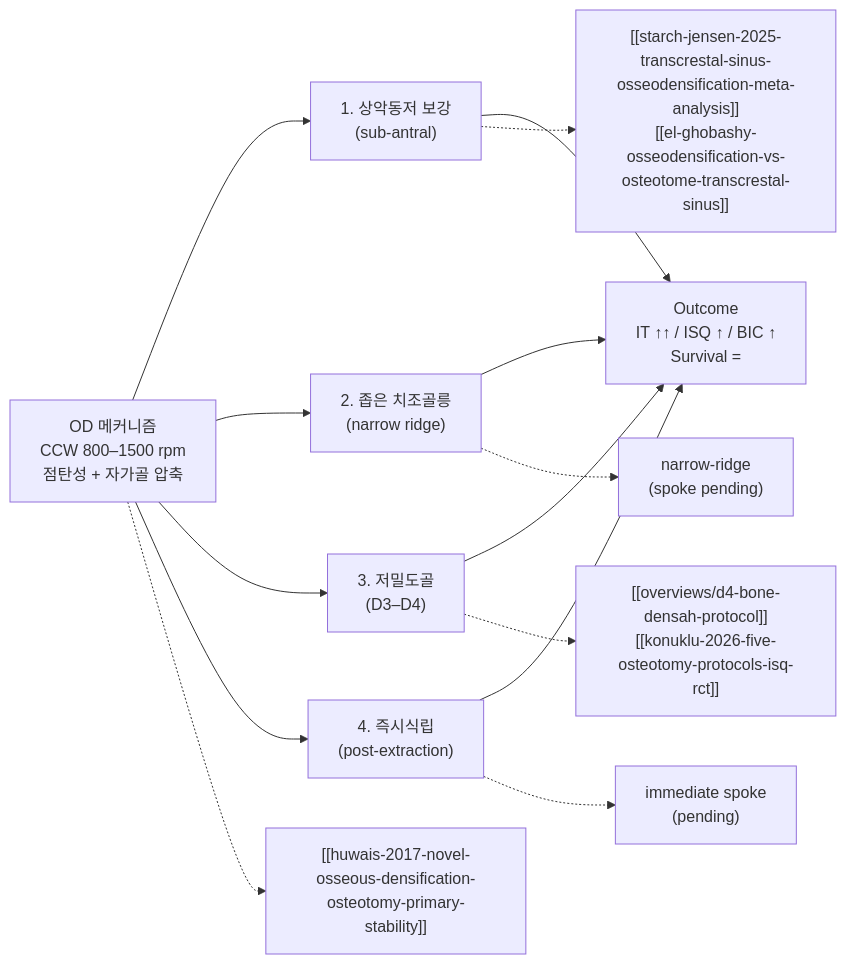
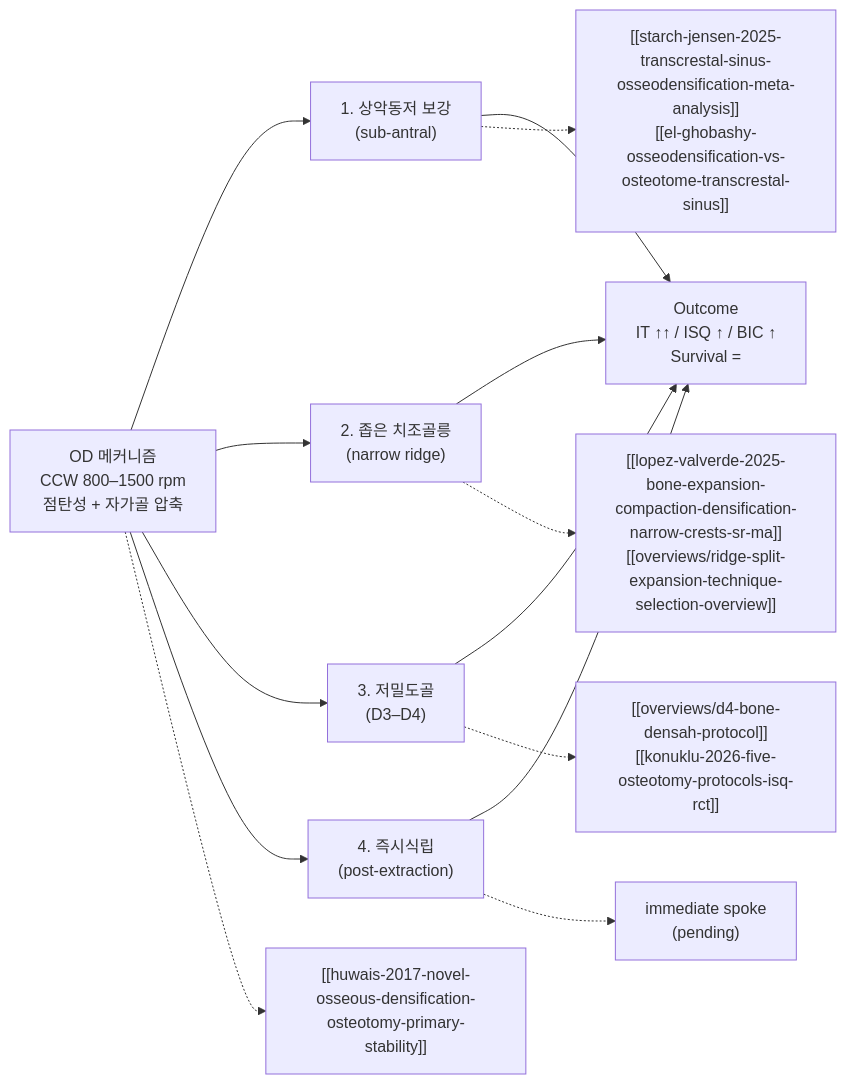
One commit to ezinternet/dentopedia changed the diagram in wiki/overviews/osseodensification-clinical-applications.md. Above: the diagram before and after it, drawn with Mermaid. The commit also changed other lines of this file, not shown here.

First line of the commit message:
docs(overviews): OD — narrow-ridge spoke 개통 + 천장·형상 축 신설 (33 → 37편)

````diff
--- a/wiki/overviews/osseodensification-clinical-applications.md
+++ b/wiki/overviews/osseodensification-clinical-applications.md
@@ -135,17 +155,17 @@
 ```mermaid
 graph LR
     M["OD 메커니즘<br/>CCW 800–1500 rpm<br/>점탄성 + 자가골 압축"]
     M --> S1["1. 상악동저 보강<br/>(sub-antral)"]
     M --> S2["2. 좁은 치조골릉<br/>(narrow ridge)"]
     M --> S3["3. 저밀도골<br/>(D3–D4)"]
     M --> S4["4. 즉시식립<br/>(post-extraction)"]
     S1 --> O["Outcome<br/>IT ↑↑ / ISQ ↑ / BIC ↑<br/>Survival ="]
     S2 --> O
     S3 --> O
     S4 --> O
     M -.-> Mech["[[huwais-2017-novel-osseous-densification-osteotomy-primary-stability]]"]
     S1 -.-> P1["[[starch-jensen-2025-transcrestal-sinus-osseodensification-meta-analysis]]<br/>[[el-ghobashy-osseodensification-vs-osteotome-transcrestal-sinus]]"]
-    S2 -.-> P2["narrow-ridge<br/>(spoke pending)"]
+    S2 -.-> P2["[[lopez-valverde-2025-bone-expansion-compaction-densification-narrow-crests-sr-ma]]<br/>[[overviews/ridge-split-expansion-technique-selection-overview]]"]
     S3 -.-> P3["[[overviews/d4-bone-densah-protocol]]<br/>[[konuklu-2026-five-osteotomy-protocols-isq-rct]]"]
     S4 -.-> P4["immediate spoke<br/>(pending)"]
 ```
````
